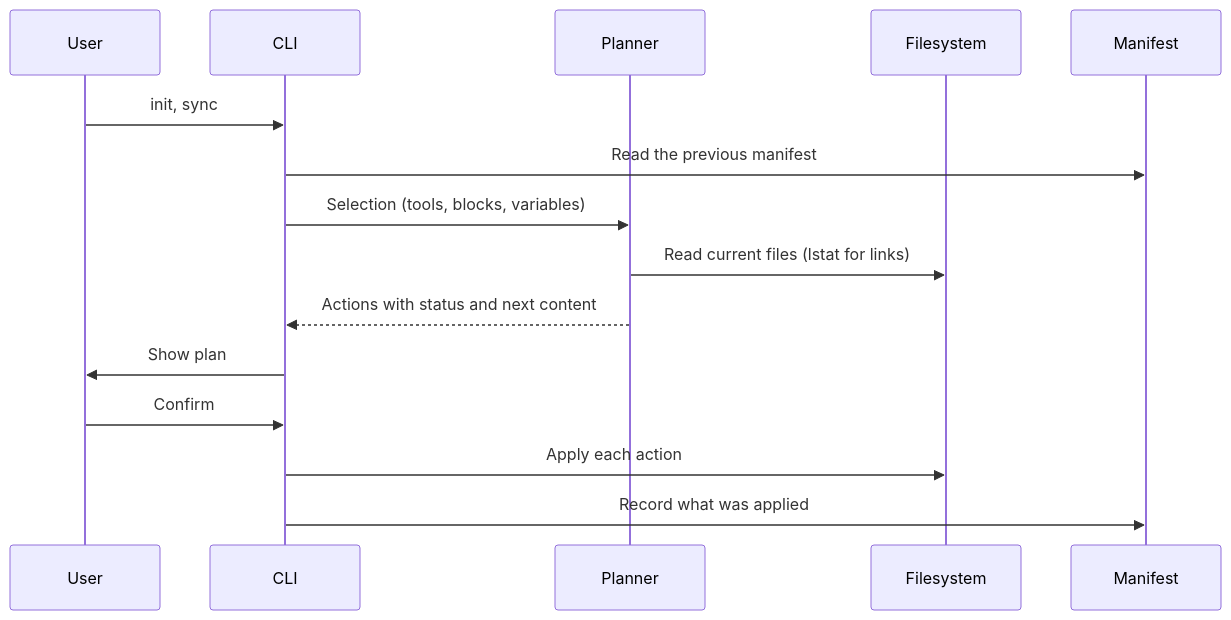
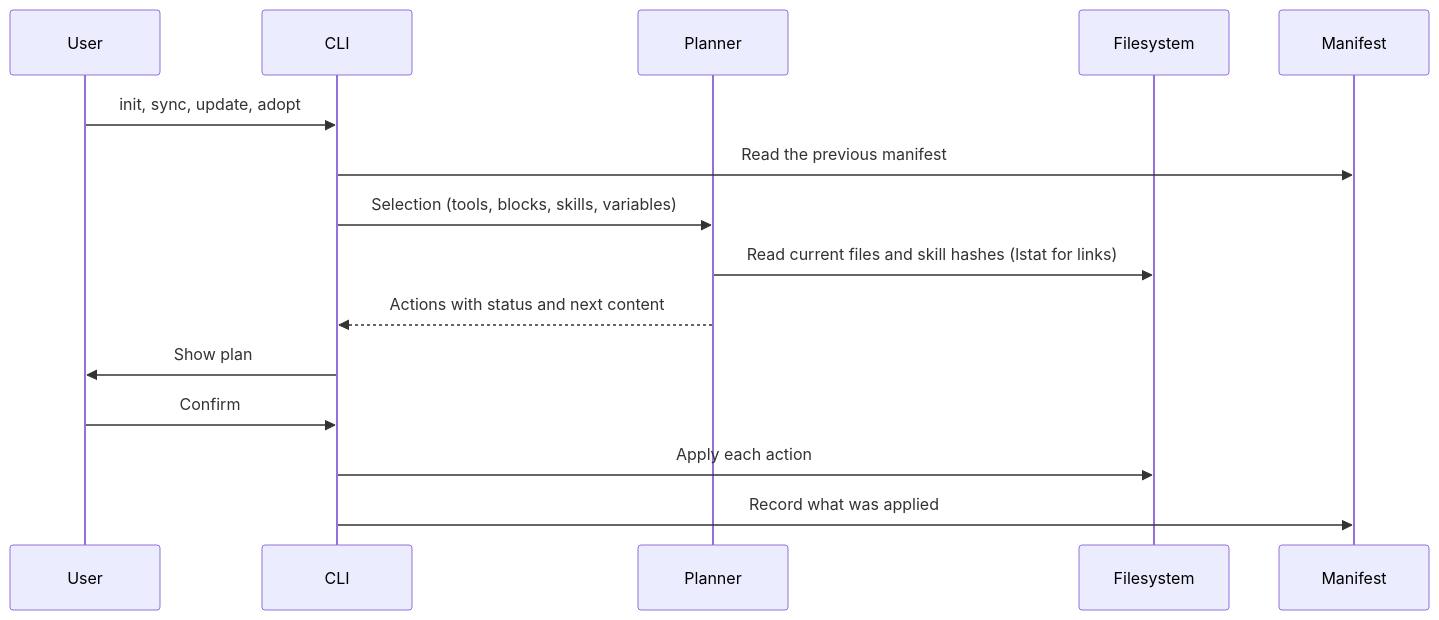
One commit to feRpicoral/skills-wizard changed the diagram in docs/architecture.md. Above: the diagram before and after it, drawn with Mermaid. The commit also changed other lines of this file and 3 other files, not shown here.

Commit message:
docs(skills): document skill installs, updates and catalog

````diff
--- a/docs/architecture.md
+++ b/docs/architecture.md
@@ -7,17 +7,17 @@
 ```mermaid
 sequenceDiagram
     participant U as User
     participant C as CLI
     participant P as Planner
     participant F as Filesystem
     participant M as Manifest
-    U->>C: init, sync
+    U->>C: init, sync, update, adopt
     C->>M: Read the previous manifest
-    C->>P: Selection (tools, blocks, variables)
-    P->>F: Read current files (lstat for links)
+    C->>P: Selection (tools, blocks, skills, variables)
+    P->>F: Read current files and skill hashes (lstat for links)
     P-->>C: Actions with status and next content
     C->>U: Show plan
     U->>C: Confirm
     C->>F: Apply each action
     C->>M: Record what was applied
 ```
````
